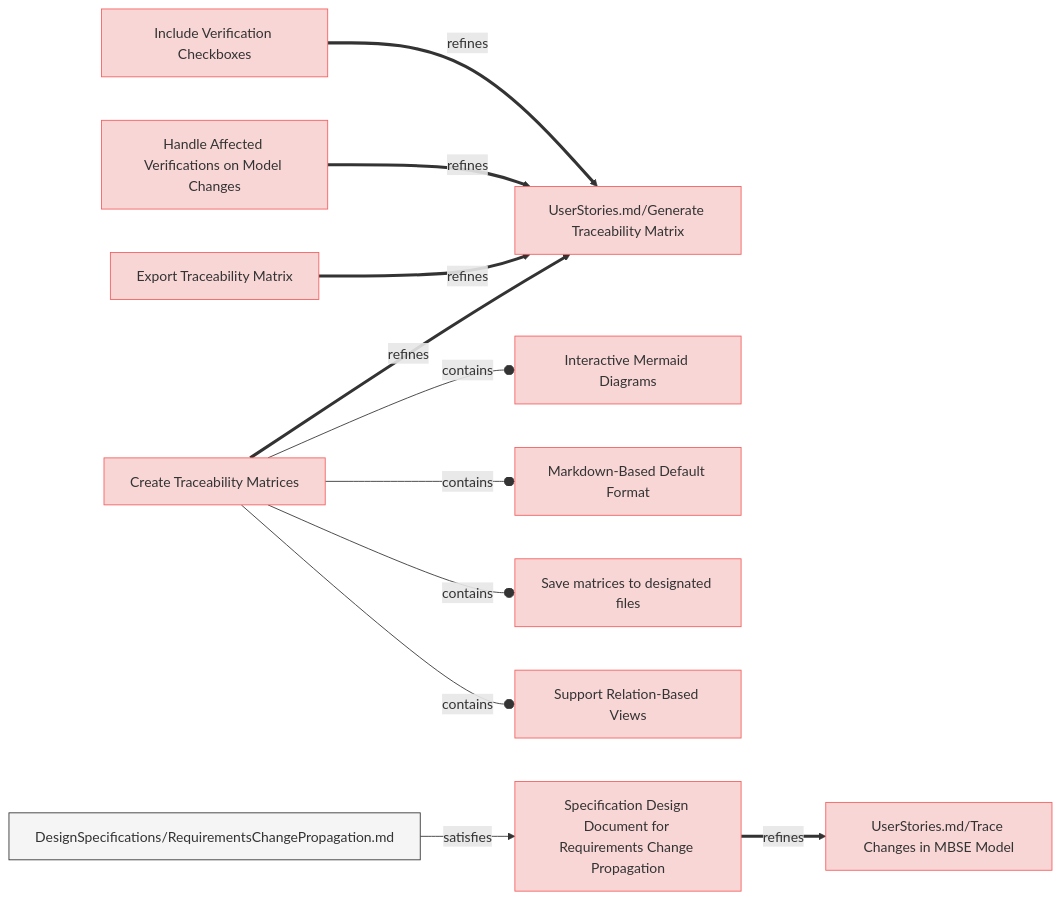
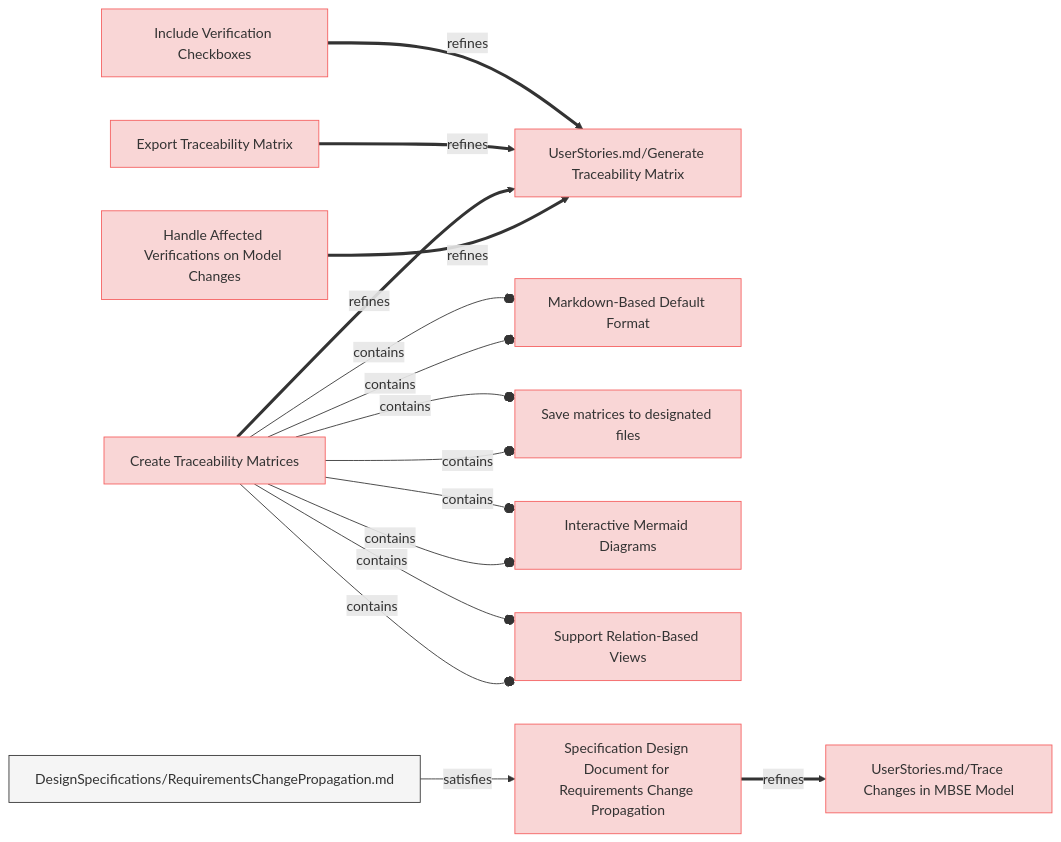
One commit to reqvire-org/reqvire changed the tenth of 11 diagrams in specifications/UserRequirements.md. Above: the diagram before and after it, drawn with Mermaid. The commit also changed other lines of this file and 25 other files, not shown here.

````diff
--- a/specifications/UserRequirements.md
+++ b/specifications/UserRequirements.md
@@ -720,54 +748,59 @@
 ```mermaid
 graph LR;
   %% Graph styling
   classDef requirement fill:#f9d6d6,stroke:#f55f5f,stroke-width:1px;
   classDef verification fill:#d6f9d6,stroke:#5fd75f,stroke-width:1px;
   classDef externalLink fill:#d0e0ff,stroke:#3080ff,stroke-width:1px;
   classDef default fill:#f5f5f5,stroke:#333333,stroke-width:1px;
-  9fe409695e["Create Traceability Matrices"];
-  click 9fe409695e "UserRequirements.md#create-traceability-matrices";
-  class 9fe409695e requirement;
+
+  273dcdad7a["Include Verification Checkboxes"];
+  click 273dcdad7a "UserRequirements.md#include-verification-checkboxes";
+  class 273dcdad7a requirement;
   e4eb5bf7e5["UserStories.md/Generate Traceability Matrix"];
   class e4eb5bf7e5 requirement;
   click e4eb5bf7e5 "UserStories.md#generate-traceability-matrix";
-  9fe409695e ==>|refines| e4eb5bf7e5;
+  273dcdad7a ==>|refines| e4eb5bf7e5;
+  4b7b432817["Export Traceability Matrix"];
+  click 4b7b432817 "UserRequirements.md#export-traceability-matrix";
+  class 4b7b432817 requirement;
+  4b7b432817 ==>|refines| e4eb5bf7e5;
+  c7a213987b["Markdown-Based Default Format"];
+  click c7a213987b "UserRequirements.md#markdown-based-default-format";
+  class c7a213987b requirement;
+  9fe409695e["Create Traceability Matrices"];
+  class 9fe409695e requirement;
+  click 9fe409695e "UserRequirements.md#create-traceability-matrices";
+  9fe409695e --o|contains| c7a213987b;
+  c4b025f6ac["Save matrices to designated files"];
+  click c4b025f6ac "UserRequirements.md#save-matrices-to-designated-files";
+  class c4b025f6ac requirement;
+  9fe409695e --o|contains| c4b025f6ac;
   e867499409["Interactive Mermaid Diagrams"];
   click e867499409 "UserRequirements.md#interactive-mermaid-diagrams";
   class e867499409 requirement;
   9fe409695e --o|contains| e867499409;
-  c7a213987b["Markdown-Based Default Format"];
-  click c7a213987b "UserRequirements.md#markdown-based-default-format";
-  class c7a213987b requirement;
-  9fe409695e --o|contains| c7a213987b;
-  273dcdad7a["Include Verification Checkboxes"];
-  click 273dcdad7a "UserRequirements.md#include-verification-checkboxes";
-  class 273dcdad7a requirement;
-  273dcdad7a ==>|refines| e4eb5bf7e5;
-  c4b025f6ac["Save matrices to designated files"];
-  click c4b025f6ac "UserRequirements.md#save-matrices-to-designated-files";
-  class c4b025f6ac requirement;
-  9fe409695e --o|contains| c4b025f6ac;
-  1521bb4ce2["Handle Affected Verifications on Model Changes"];
-  click 1521bb4ce2 "UserRequirements.md#handle-affected-verifications-on-model-changes";
-  class 1521bb4ce2 requirement;
-  1521bb4ce2 ==>|refines| e4eb5bf7e5;
+  fc0d98c588["Support Relation-Based Views"];
+  click fc0d98c588 "UserRequirements.md#support-relation-based-views";
+  class fc0d98c588 requirement;
+  9fe409695e --o|contains| fc0d98c588;
   442da629f6["Specification Design Document for Requirements Change Propagation"];
   click 442da629f6 "UserRequirements.md#specification-design-document-for-requirements-change-propagation";
   class 442da629f6 requirement;
   36d8b2eb16["UserStories.md/Trace Changes in MBSE Model"];
   class 36d8b2eb16 requirement;
   click 36d8b2eb16 "UserStories.md#trace-changes-in-mbse-model";
   442da629f6 ==>|refines| 36d8b2eb16;
   33e6fb86b3["DesignSpecifications/RequirementsChangePropagation.md"];
   class 33e6fb86b3 default;
   click 33e6fb86b3 "DesignSpecifications/RequirementsChangePropagation.md";
   33e6fb86b3 -->|satisfies| 442da629f6;
-  fc0d98c588["Support Relation-Based Views"];
-  click fc0d98c588 "UserRequirements.md#support-relation-based-views";
-  class fc0d98c588 requirement;
+  9fe409695e ==>|refines| e4eb5bf7e5;
+  9fe409695e --o|contains| c7a213987b;
+  9fe409695e --o|contains| c4b025f6ac;
+  9fe409695e --o|contains| e867499409;
   9fe409695e --o|contains| fc0d98c588;
-  4b7b432817["Export Traceability Matrix"];
-  click 4b7b432817 "UserRequirements.md#export-traceability-matrix";
-  class 4b7b432817 requirement;
-  4b7b432817 ==>|refines| e4eb5bf7e5;
+  1521bb4ce2["Handle Affected Verifications on Model Changes"];
+  click 1521bb4ce2 "UserRequirements.md#handle-affected-verifications-on-model-changes";
+  class 1521bb4ce2 requirement;
+  1521bb4ce2 ==>|refines| e4eb5bf7e5;
 ```
````
